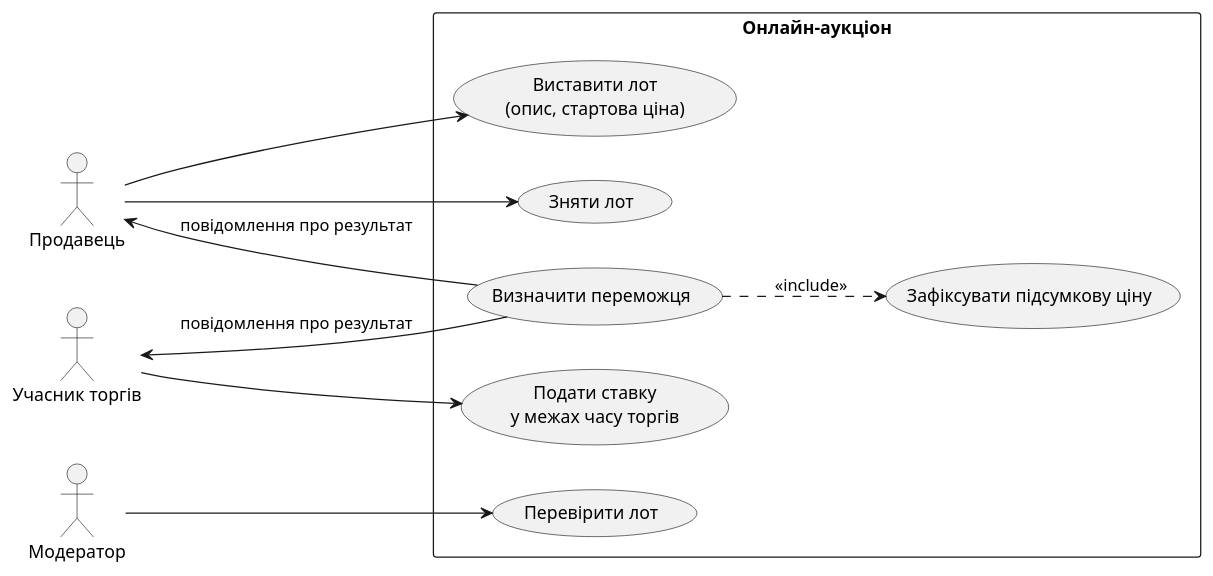
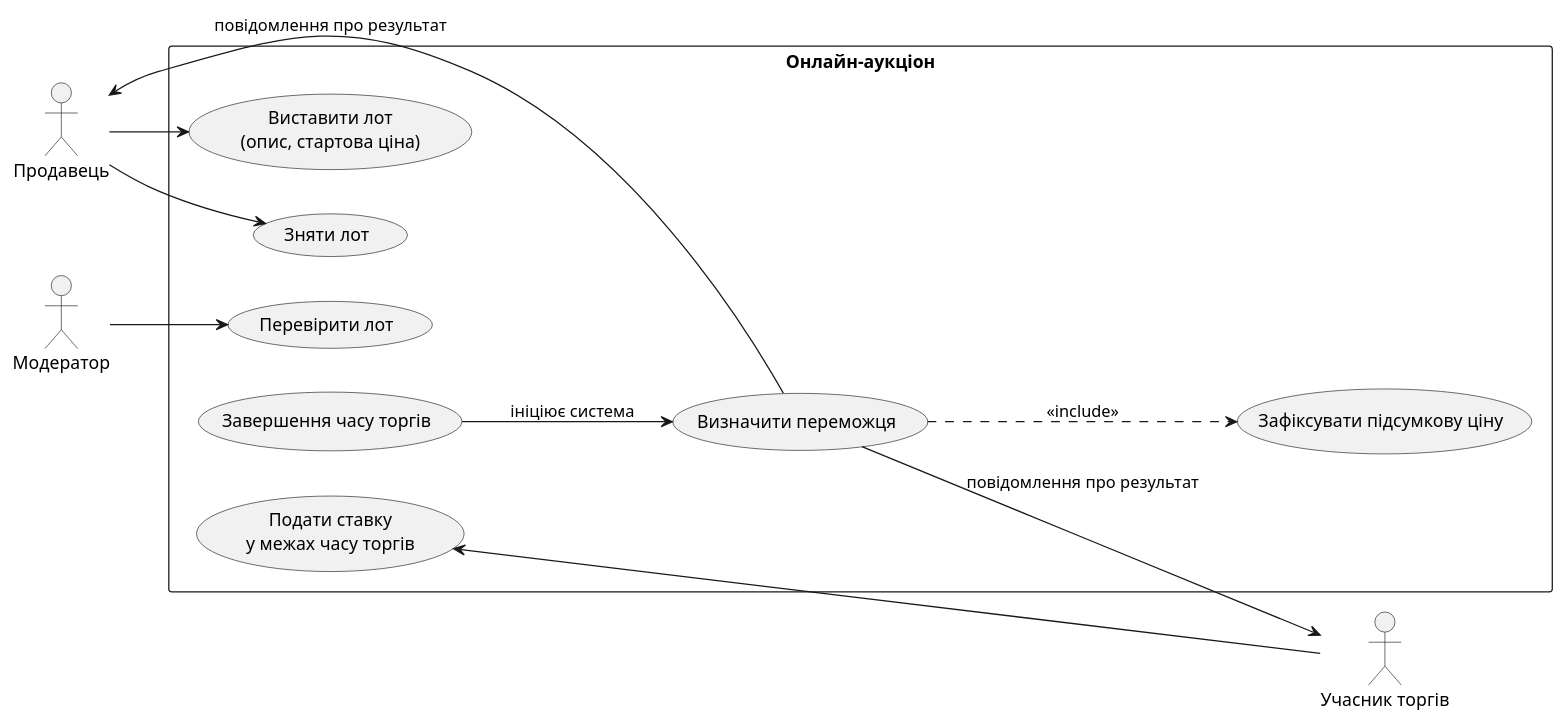
Before and after one commit to KitoragiVioleta/onlineauction: the diagram in docs/usecase.puml, drawn with PlantUML. The commit also changed 1 other file, not shown here.

Commit message:
fix: show system-initiated winner determination

```diff
--- a/docs/usecase.puml
+++ b/docs/usecase.puml
@@ -1,26 +1,28 @@
 @startuml
 left to right direction
 skinparam packageStyle rectangle
 
 actor "Продавець" as Seller
 actor "Учасник торгів" as Bidder
 actor "Модератор" as Moderator
 
 rectangle "Онлайн-аукціон" {
   usecase "Виставити лот\n(опис, стартова ціна)" as UC_CreateLot
   usecase "Зняти лот" as UC_WithdrawLot
   usecase "Перевірити лот" as UC_ReviewLot
   usecase "Подати ставку\nу межах часу торгів" as UC_PlaceBid
+  usecase "Завершення часу торгів" as UC_AuctionTimeout
   usecase "Визначити переможця" as UC_DetermineWinner
   usecase "Зафіксувати підсумкову ціну" as UC_FinalPrice
 }
 
 Seller --> UC_CreateLot
 Seller --> UC_WithdrawLot
 Moderator --> UC_ReviewLot
 Bidder --> UC_PlaceBid
 
+UC_AuctionTimeout --> UC_DetermineWinner : ініціює система
 UC_DetermineWinner ..> UC_FinalPrice : <<include>>
 UC_DetermineWinner --> Seller : повідомлення про результат
 UC_DetermineWinner --> Bidder : повідомлення про результат
 @enduml
```
